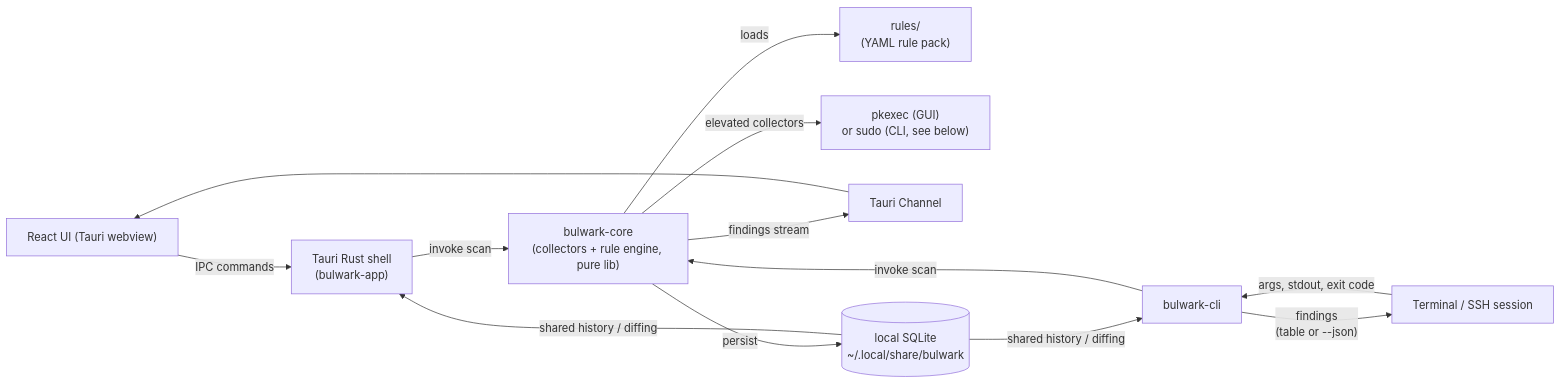
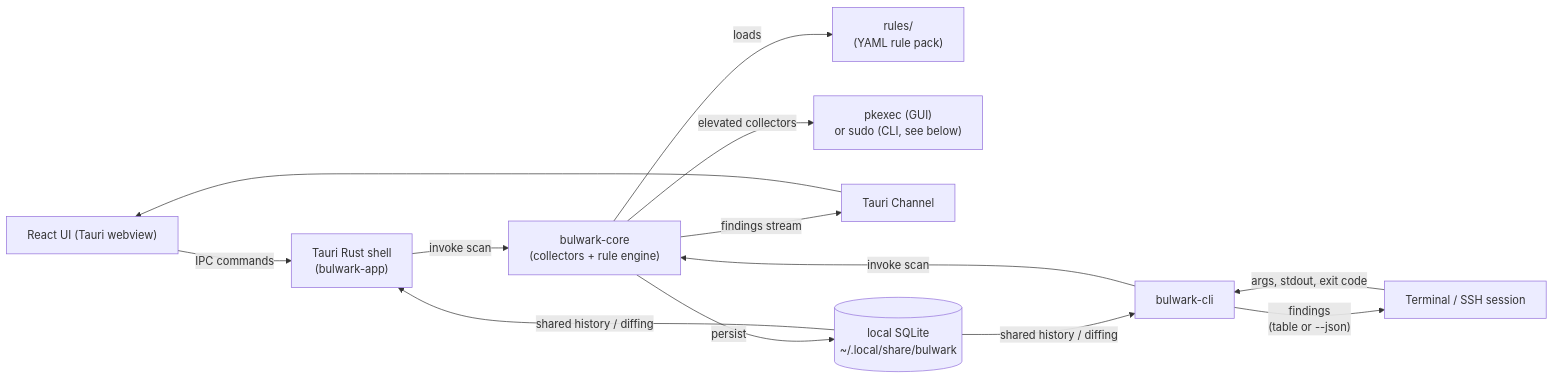
Before and after one commit to vietanhdev/bulwark: the second of 4 diagrams in docs/guide/architecture.md, drawn with Mermaid. The commit also changed other lines of this file and 7 other files, not shown here.

````diff
--- a/docs/guide/architecture.md
+++ b/docs/guide/architecture.md
@@ -100,15 +100,15 @@
 ```mermaid
 flowchart LR
   ui["React UI (Tauri webview)"] -->|"IPC commands"| shell["Tauri Rust shell\n(bulwark-app)"]
   term["Terminal / SSH session"] -->|"args, stdout, exit code"| cli["bulwark-cli"]
-  shell -->|"invoke scan"| core["bulwark-core\n(collectors + rule engine, pure lib)"]
+  shell -->|"invoke scan"| core["bulwark-core\n(collectors + rule engine)"]
   cli -->|"invoke scan"| core
   core -->|"loads"| rules["rules/\n(YAML rule pack)"]
   core -->|"elevated collectors"| pkexec["pkexec (GUI)\nor sudo (CLI, see below)"]
   core -->|"findings stream"| channel["Tauri Channel"]
   channel --> ui
   cli -->|"findings\n(table or --json)"| term
   core -->|"persist"| db[("local SQLite\n~/.local/share/bulwark")]
   db -->|"shared history / diffing"| shell
   db -->|"shared history / diffing"| cli
 ```
````
